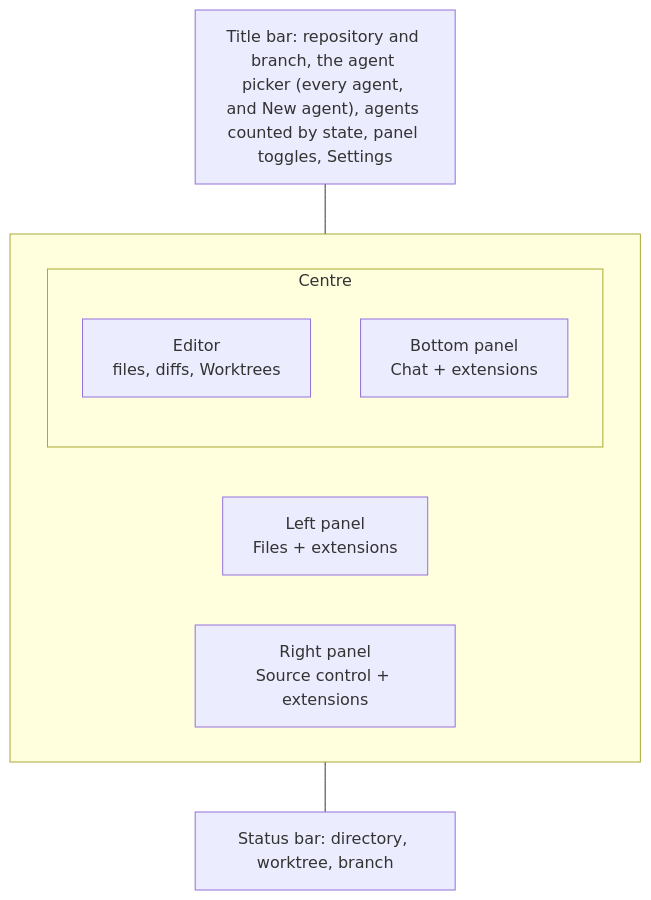
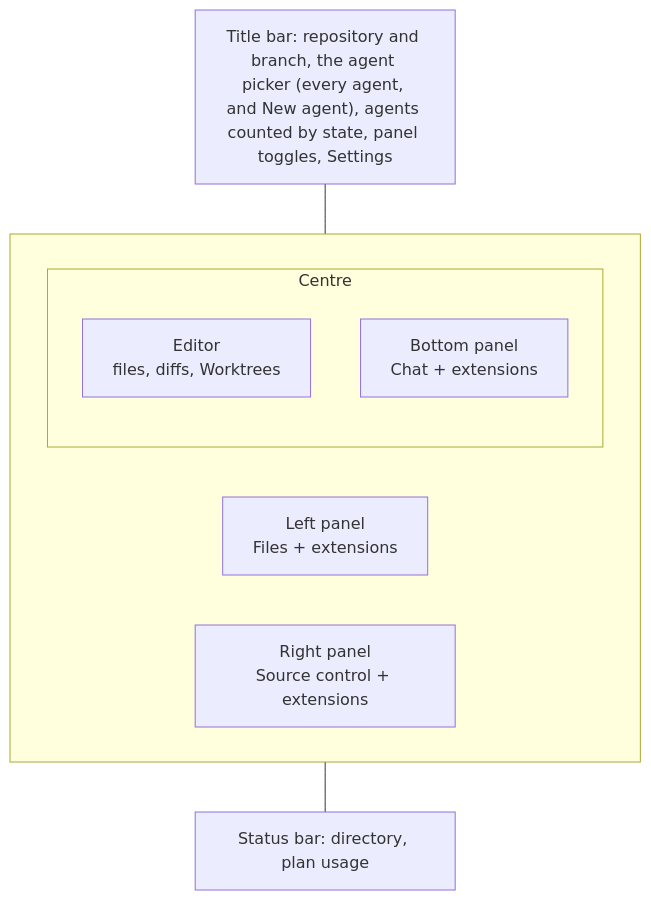
One commit to BradenTerry/Tog changed the first of 4 diagrams in docs/workbench.md. Above: the diagram before and after it, drawn with Mermaid. The commit also changed 2 other files, not shown here.

Commit message:
Drop worktree and branch from the status bar, the header already shows them

````diff
--- a/docs/workbench.md
+++ b/docs/workbench.md
@@ -10,17 +10,17 @@
 ```mermaid
 flowchart TB
     T["Title bar: repository and branch, the agent picker (every agent, and New agent), agents counted by state, panel toggles, Settings"]
     subgraph W[" "]
         direction LR
         L["Left panel<br/>Files + extensions"]
         subgraph C["Centre"]
             direction TB
             E["Editor<br/>files, diffs, Worktrees"]
             B["Bottom panel<br/>Chat + extensions"]
         end
         R["Right panel<br/>Source control + extensions"]
     end
-    S["Status bar: directory, worktree, branch"]
+    S["Status bar: directory, plan usage"]
     T --- W
     W --- S
 ```
````
